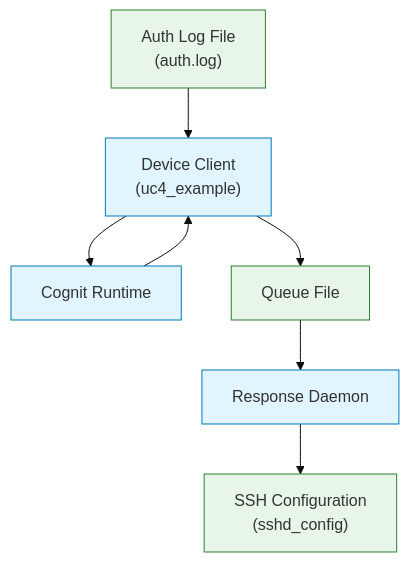
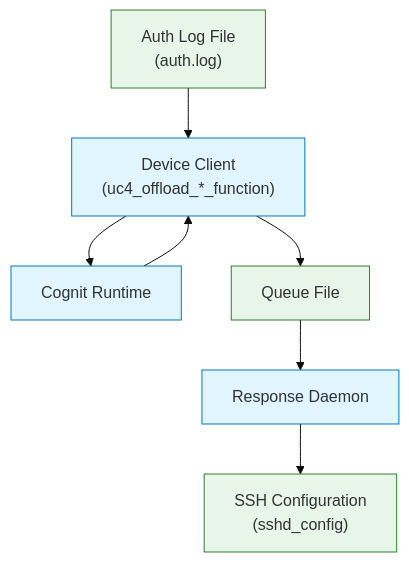
One commit to SovereignEdgeEU-COGNIT/use-case-4 changed the diagram in examples/technical-documentation.md. Above: the diagram before and after it, drawn with Mermaid (base theme). The commit also changed other lines of this file and 25 other files, not shown here.

````diff
--- a/examples/technical-documentation.md
+++ b/examples/technical-documentation.md
@@ -20,16 +16,16 @@
 ```mermaid
 flowchart TD
-    A["Auth Log File\n(auth.log)"] --> B["Device Client\n(uc4_example)"]
+    A["Auth Log File\n(auth.log)"] --> B["Device Client\n(uc4_offload_*_function)"]
     B --> C["Cognit Runtime"]
     C --> B
     B --> D["Queue File"]
     D --> E["Response Daemon"]
     E --> F["SSH Configuration\n(sshd_config)"]
     
     classDef default fill:#f9f9f9,stroke:#333,stroke-width:1px
     classDef component fill:#e1f5fe,stroke:#0277bd,stroke-width:1px
     classDef file fill:#e8f5e9,stroke:#2e7d32,stroke-width:1px
     
     class A,D,F file
     class B,C,E component
 ```
````
